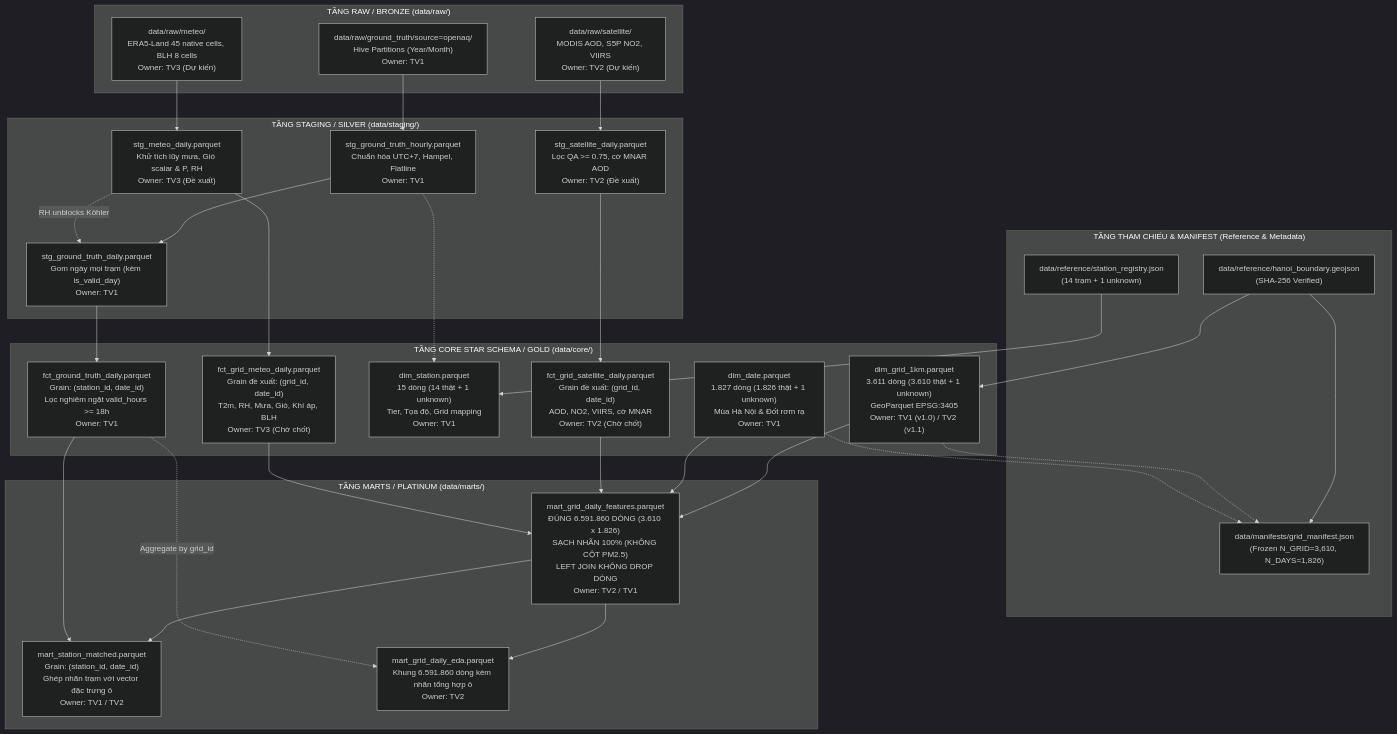
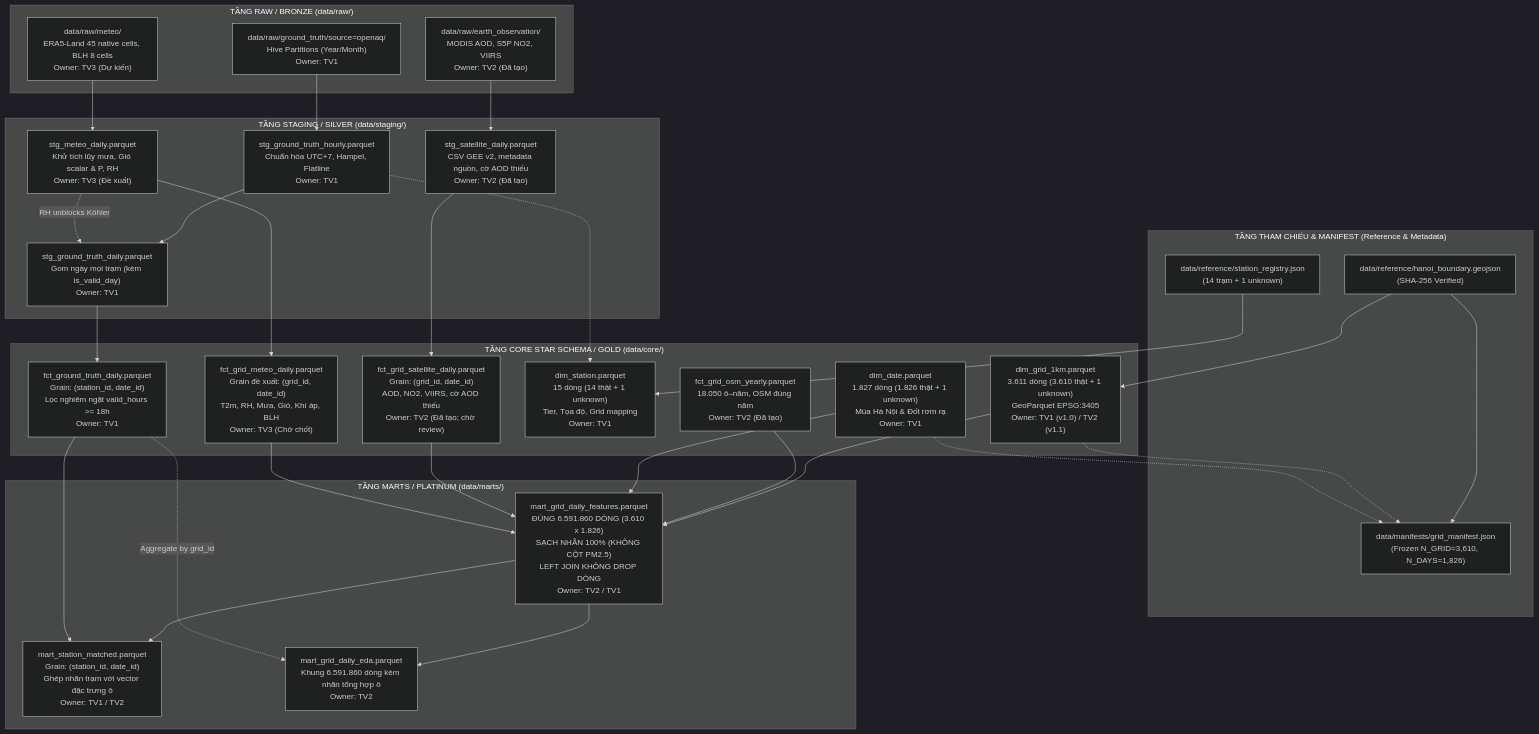
One commit to NguyenThinh06/hanoi_pm25 changed the diagram in docs/schema.md. Above: the diagram before and after it, drawn with Mermaid (dark theme). The commit also changed other lines of this file and 30 other files, not shown here.

Commit message:
feat: hand off TV2 grid, yearly OSM and satellite data

````diff
--- a/docs/schema.md
+++ b/docs/schema.md
@@ -45,61 +45,63 @@
 ```mermaid
 flowchart TD
     subgraph S_REF ["TẦNG THAM CHIẾU & MANIFEST (Reference & Metadata)"]
         R1["data/reference/hanoi_boundary.geojson<br/>(SHA-256 Verified)"]
         R2["data/manifests/grid_manifest.json<br/>(Frozen N_GRID=3,610, N_DAYS=1,826)"]
         R3["data/reference/station_registry.json<br/>(14 trạm + 1 unknown)"]
     end
 
     subgraph S_RAW ["TẦNG RAW / BRONZE (data/raw/)"]
         RAW_STN["data/raw/ground_truth/source=openaq/<br/>Hive Partitions (Year/Month)<br/>Owner: TV1"]
-        RAW_SAT["data/raw/satellite/<br/>MODIS AOD, S5P NO2, VIIRS<br/>Owner: TV2 (Dự kiến)"]
+        RAW_SAT["data/raw/earth_observation/<br/>MODIS AOD, S5P NO2, VIIRS<br/>Owner: TV2 (Đã tạo)"]
         RAW_MET["data/raw/meteo/<br/>ERA5-Land 45 native cells, BLH 8 cells<br/>Owner: TV3 (Dự kiến)"]
     end
 
     subgraph S_STG ["TẦNG STAGING / SILVER (data/staging/)"]
         STG_HR["stg_ground_truth_hourly.parquet<br/>Chuẩn hóa UTC+7, Hampel, Flatline<br/>Owner: TV1"]
         STG_STN_D["stg_ground_truth_daily.parquet<br/>Gom ngày mọi trạm (kèm is_valid_day)<br/>Owner: TV1"]
-        STG_SAT_D["stg_satellite_daily.parquet<br/>Lọc QA >= 0.75, cờ MNAR AOD<br/>Owner: TV2 (Đề xuất)"]
+        STG_SAT_D["stg_satellite_daily.parquet<br/>CSV GEE v2, metadata nguồn, cờ AOD thiếu<br/>Owner: TV2 (Đã tạo)"]
         STG_MET_D["stg_meteo_daily.parquet<br/>Khử tích lũy mưa, Gió scalar & P, RH<br/>Owner: TV3 (Đề xuất)"]
     end
 
     subgraph S_CORE ["TẦNG CORE STAR SCHEMA / GOLD (data/core/)"]
         DIM_G["dim_grid_1km.parquet<br/>3.611 dòng (3.610 thật + 1 unknown)<br/>GeoParquet EPSG:3405<br/>Owner: TV1 (v1.0) / TV2 (v1.1)"]
+        FCT_OSM["fct_grid_osm_yearly.parquet<br/>18.050 ô–năm, OSM đúng năm<br/>Owner: TV2 (Đã tạo)"]
         DIM_D["dim_date.parquet<br/>1.827 dòng (1.826 thật + 1 unknown)<br/>Mùa Hà Nội & Đốt rơm rạ<br/>Owner: TV1"]
         DIM_S["dim_station.parquet<br/>15 dòng (14 thật + 1 unknown)<br/>Tier, Tọa độ, Grid mapping<br/>Owner: TV1"]
         FCT_GT["fct_ground_truth_daily.parquet<br/>Grain: (station_id, date_id)<br/>Lọc nghiêm ngặt valid_hours >= 18h<br/>Owner: TV1"]
-        FCT_SAT["fct_grid_satellite_daily.parquet<br/>Grain đề xuất: (grid_id, date_id)<br/>AOD, NO2, VIIRS, cờ MNAR<br/>Owner: TV2 (Chờ chốt)"]
+        FCT_SAT["fct_grid_satellite_daily.parquet<br/>Grain: (grid_id, date_id)<br/>AOD, NO2, VIIRS, cờ AOD thiếu<br/>Owner: TV2 (Đã tạo; chờ review)"]
         FCT_MET["fct_grid_meteo_daily.parquet<br/>Grain đề xuất: (grid_id, date_id)<br/>T2m, RH, Mưa, Gió, Khí áp, BLH<br/>Owner: TV3 (Chờ chốt)"]
     end
 
     subgraph S_MARTS ["TẦNG MARTS / PLATINUM (data/marts/)"]
         MART_FEAT["mart_grid_daily_features.parquet<br/>ĐÚNG 6.591.860 DÒNG (3.610 x 1.826)<br/>SẠCH NHÃN 100% (KHÔNG CỘT PM2.5)<br/>LEFT JOIN KHÔNG DROP DÒNG<br/>Owner: TV2 / TV1"]
         MART_MATCH["mart_station_matched.parquet<br/>Grain: (station_id, date_id)<br/>Ghép nhãn trạm với vector đặc trưng ô<br/>Owner: TV1 / TV2"]
         MART_EDA["mart_grid_daily_eda.parquet<br/>Khung 6.591.860 dòng kèm nhãn tổng hợp ô<br/>Owner: TV2"]
     end
 
     %% Pipeline linkages
     R1 --> DIM_G
     R1 --> R2
     DIM_G -.-> R2
     DIM_D -.-> R2
 
     RAW_STN --> STG_HR --> STG_STN_D --> FCT_GT
     R3 --> DIM_S
     STG_HR -.-> DIM_S
 
     RAW_SAT --> STG_SAT_D --> FCT_SAT
     RAW_MET --> STG_MET_D --> FCT_MET
     STG_MET_D -.->|RH unblocks Köhler| STG_STN_D
 
     DIM_G --> MART_FEAT
+    FCT_OSM --> MART_FEAT
     DIM_D --> MART_FEAT
     FCT_SAT --> MART_FEAT
     FCT_MET --> MART_FEAT
 
     MART_FEAT --> MART_MATCH
     FCT_GT --> MART_MATCH
 
     MART_FEAT --> MART_EDA
     FCT_GT -.->|Aggregate by grid_id| MART_EDA
 ```
````
